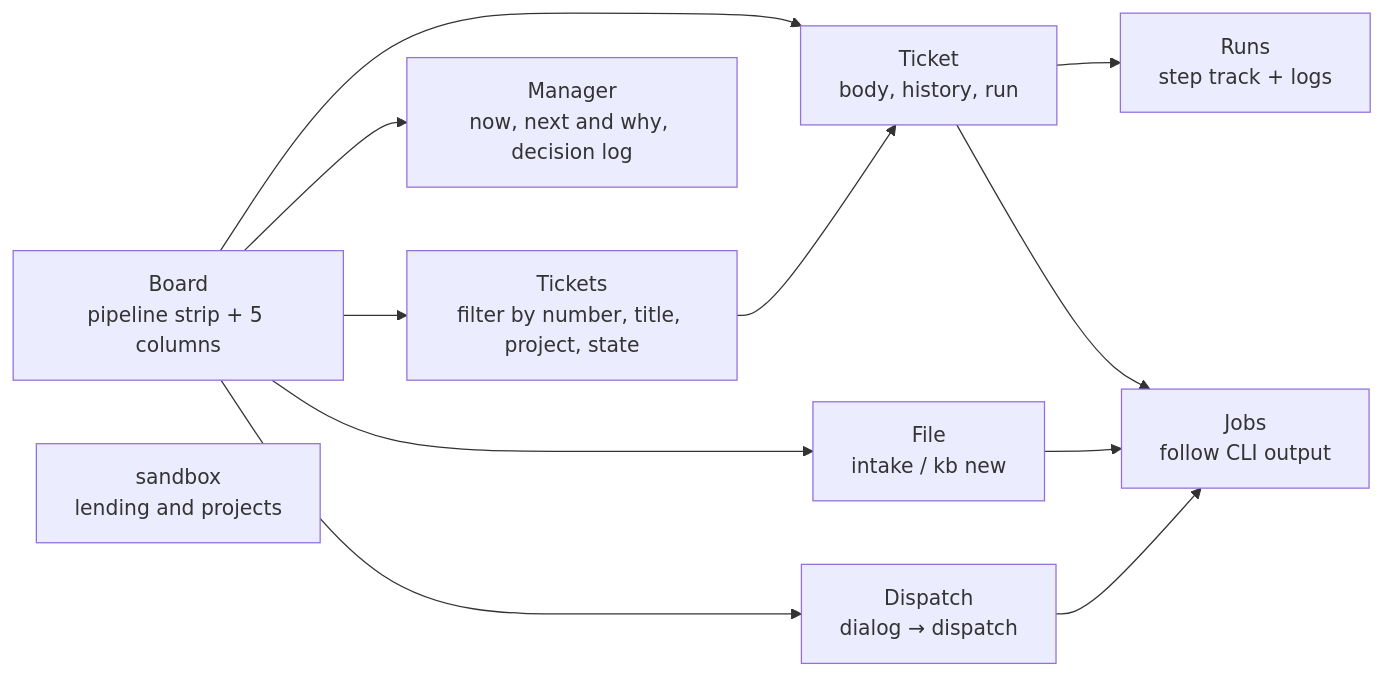
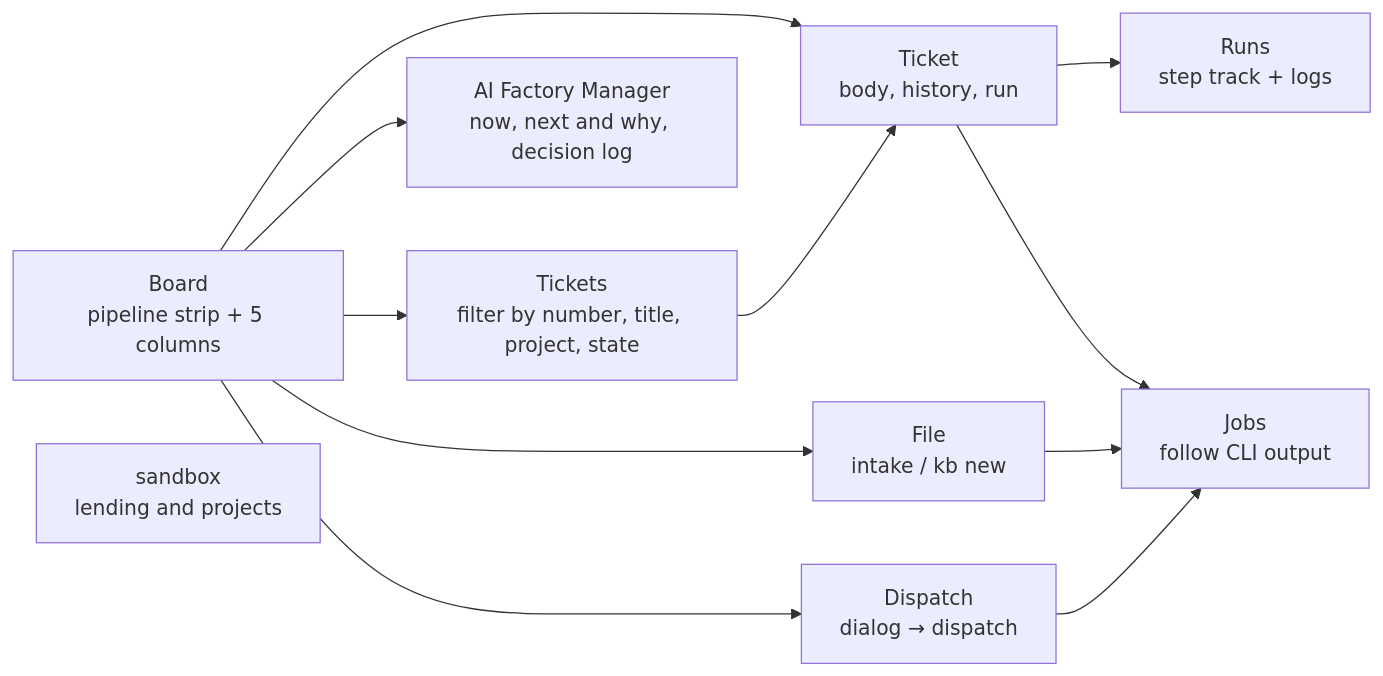
Before and after one commit to akkijp-oss/aifactory: the diagram in website/content/en/guides/console.md, drawn with Mermaid. The commit also changed other lines of this file and 6 other files, not shown here.

First line of the commit message:
文書（console/README・UX・website ja/en）の表示名を「AI Factory Manager」に揃える: 画面表・ナビの列挙・API 表の 3 箇所が ja と en で別々の名前だったため（#586）

````diff
--- a/website/content/en/guides/console.md
+++ b/website/content/en/guides/console.md
@@ -28,14 +28,14 @@
 ```mermaid
 flowchart LR
   B[Board<br>pipeline strip + 5 columns] --> T[Ticket<br>body, history, run]
-  B --> P[Manager<br>now, next and why, decision log]
+  B --> P[AI Factory Manager<br>now, next and why, decision log]
   B --> L[Tickets<br>filter by number, title, project, state]
   L --> T
   T --> R[Runs<br>step track + logs]
   B --> I[File<br>intake / kb new]
   B --> D[Dispatch<br>dialog → dispatch]
   D --> J
   I --> J[Jobs<br>follow CLI output]
   T --> J
   S[sandbox<br>lending and projects]
 ```
````
